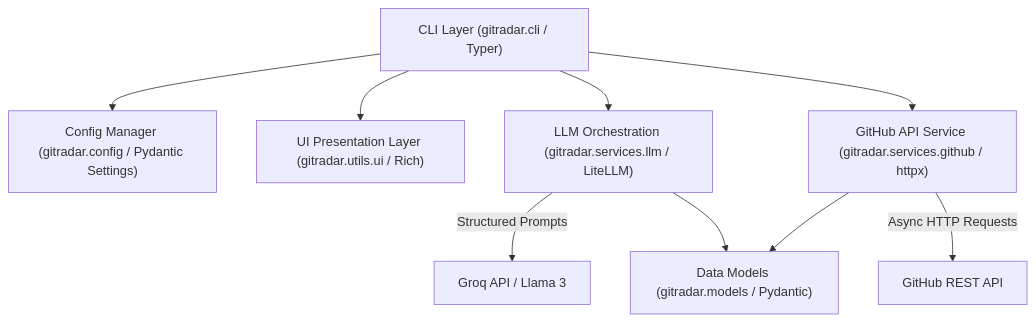
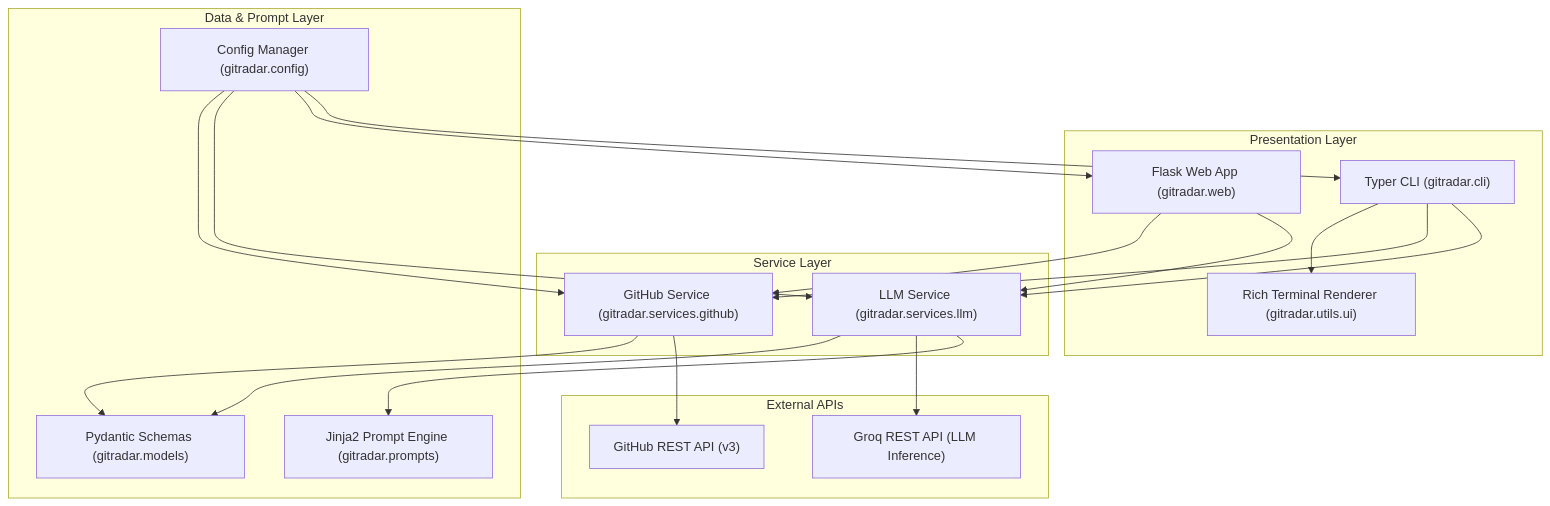
The first of 2 diagrams in ARCHITECTURE.md (AtaCanYmc/GitRadar), drawn with Mermaid before and after one commit. The commit also changed other lines of this file and 2 other files, not shown here.

Commit message:
docs: update architecture and contributing documentation for clarity and detail

````diff
--- a/ARCHITECTURE.md
+++ b/ARCHITECTURE.md
@@ -11,13 +11,43 @@
 ```mermaid
 graph TD
-    CLI["CLI Layer (gitradar.cli / Typer)"] --> Config["Config Manager (gitradar.config / Pydantic Settings)"]
-    CLI --> UI["UI Presentation Layer (gitradar.utils.ui / Rich)"]
-    CLI --> LLM["LLM Orchestration (gitradar.services.llm / LiteLLM)"]
-    CLI --> GitHub["GitHub API Service (gitradar.services.github / httpx)"]
+    subgraph PresentationLayer["Presentation Layer"]
+        CLI["Typer CLI (gitradar.cli)"]
+        WebUI["Flask Web App (gitradar.web)"]
+        RichUI["Rich Terminal Renderer (gitradar.utils.ui)"]
+    end
+
+    subgraph ServiceLayer["Service Layer"]
+        LLM["LLM Service (gitradar.services.llm)"]
+        GH["GitHub Service (gitradar.services.github)"]
+    end
+
+    subgraph DataLayer["Data & Prompt Layer"]
+        Prompts["Jinja2 Prompt Engine (gitradar.prompts)"]
+        Models["Pydantic Schemas (gitradar.models)"]
+        Config["Config Manager (gitradar.config)"]
+    end
+
+    subgraph ExternalAPIs["External APIs"]
+        GroqAPI["Groq REST API (LLM Inference)"]
+        GitHubAPI["GitHub REST API (v3)"]
+    end
+
+    CLI --> LLM
+    CLI --> GH
+    CLI --> RichUI
     
-    LLM --> |Structured Prompts| Groq["Groq API / Llama 3"]
-    GitHub --> |Async HTTP Requests| GHAPI["GitHub REST API"]
-    
-    LLM --> Models["Data Models (gitradar.models / Pydantic)"]
-    GitHub --> Models
+    WebUI --> LLM
+    WebUI --> GH
+
+    LLM --> Prompts
+    LLM --> GroqAPI
+    LLM --> Models
+
+    GH --> GitHubAPI
+    GH --> Models
+
+    Config --> CLI
+    Config --> WebUI
+    Config --> LLM
+    Config --> GH
 ```
````
